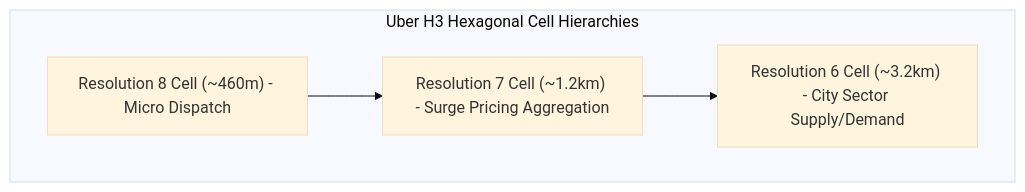
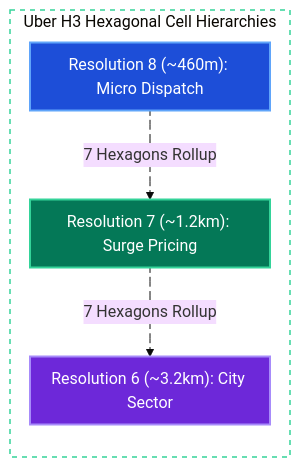
The second of 5 diagrams in system-design/uber.md (tarunbatta/tech-interview-prep), drawn with Mermaid (base theme) before and after one commit. The commit also changed other lines of this file and 30 other files, not shown here.

First line of the commit message:
docs(system-design): convert Mermaid flowcharts to LR with colors and animated edges

````diff
--- a/system-design/uber.md
+++ b/system-design/uber.md
@@ -100,10 +149,24 @@
 ```mermaid
-flowchart TD
+%%{init: {'flowchart': {'nodeSpacing': 20, 'rankSpacing': 40, 'padding': 10}}}%%
+flowchart LR
     subgraph H3_Hierarchy["Uber H3 Hexagonal Cell Hierarchies"]
-        H8["Resolution 8 Cell (~460m) - Micro Dispatch"]
-        H7["Resolution 7 Cell (~1.2km) - Surge Pricing Aggregation"]
-        H6["Resolution 6 Cell (~3.2km) - City Sector Supply/Demand"]
-        H8 --> H7
-        H7 --> H6
+        H8["Resolution 8 (~460m): Micro Dispatch"]
+        H7["Resolution 7 (~1.2km): Surge Pricing"]
+        H6["Resolution 6 (~3.2km): City Sector"]
     end
+    H8 e1@-->|"7 Hexagons Rollup"| H7
+    H7 e2@-->|"7 Hexagons Rollup"| H6
+
+    e1@{ animate: true }
+    e2@{ animate: true }
+
+    classDef client fill:#1d4ed8,stroke:#60a5fa,stroke-width:2px,color:#ffffff
+    classDef service fill:#047857,stroke:#34d399,stroke-width:2px,color:#ffffff
+    classDef edge fill:#6d28d9,stroke:#a78bfa,stroke-width:2px,color:#ffffff
+
+    class H8 client
+    class H7 service
+    class H6 edge
+
+    style H3_Hierarchy fill:transparent,stroke:#34d399,stroke-width:1.5px,stroke-dasharray: 5 5
 ```
````
